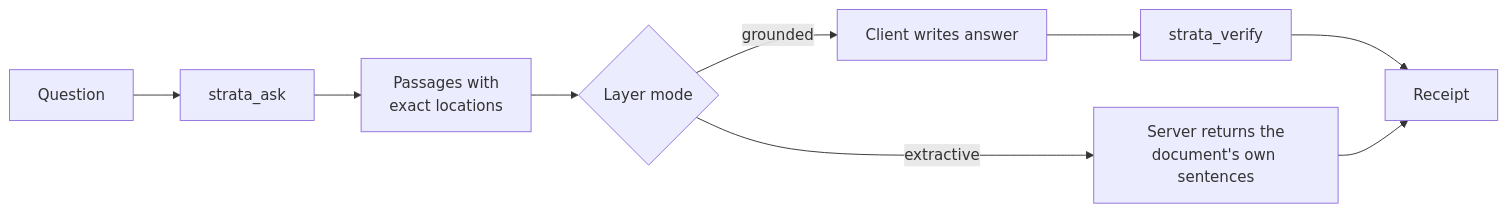
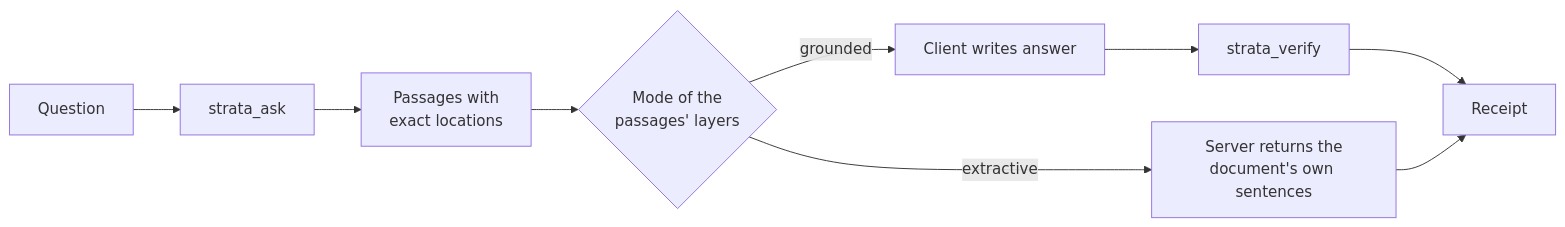
Before and after one commit to boudou/StrataKB: diagram 16 of 16 in README.md, drawn with Mermaid. The commit also changed other lines of this file and 5 other files, not shown here.

````diff
--- a/README.md
+++ b/README.md
@@ -675,8 +683,8 @@
 ```mermaid
 flowchart LR
     Q[Question] --> A[strata_ask]
     A --> P["Passages with<br/>exact locations"]
-    P --> G{Layer mode}
+    P --> G{"Mode of the<br/>passages' layers"}
     G -->|grounded| W[Client writes answer] --> V[strata_verify] --> R[Receipt]
     G -->|extractive| X["Server returns the<br/>document's own sentences"] --> R
 ```
````
